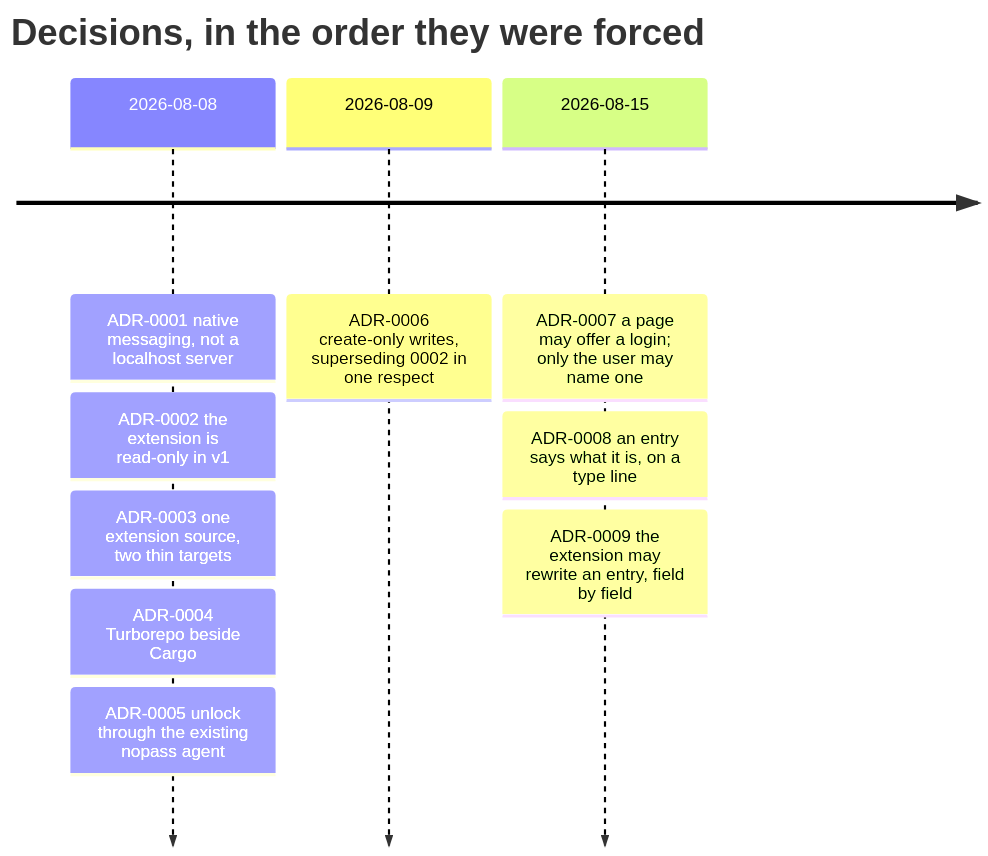
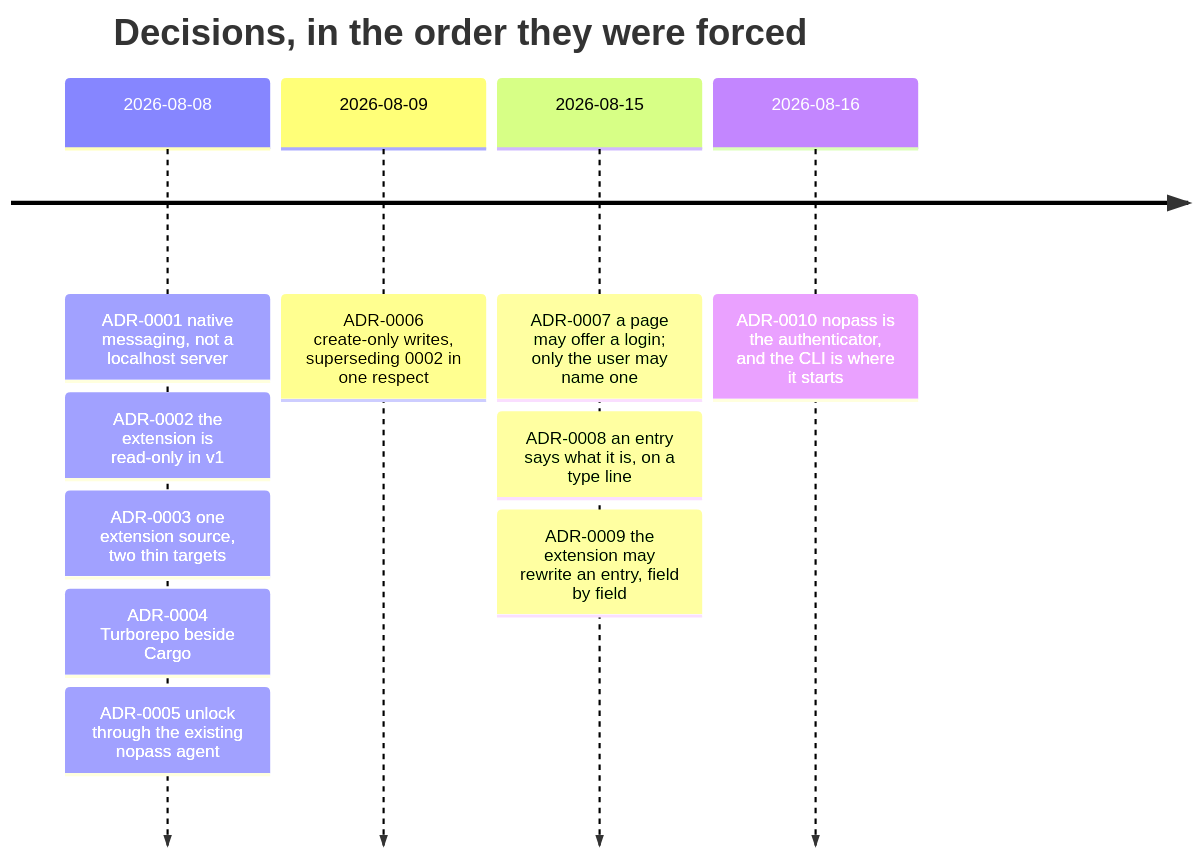
Before and after one commit to souravsspace/nopass: diagram 19 of 20 in diagram.md, drawn with Mermaid. The commit also changed other lines of this file, not shown here.

Commit message:
docs: bring the architecture map up to passkeys and the new packages

````diff
--- a/diagram.md
+++ b/diagram.md
@@ -666,13 +669,14 @@
 ```mermaid
 timeline
     title Decisions, in the order they were forced
     2026-08-08 : ADR-0001 native messaging, not a localhost server
                : ADR-0002 the extension is read-only in v1
                : ADR-0003 one extension source, two thin targets
                : ADR-0004 Turborepo beside Cargo
                : ADR-0005 unlock through the existing nopass agent
     2026-08-09 : ADR-0006 create-only writes, superseding 0002 in one respect
     2026-08-15 : ADR-0007 a page may offer a login; only the user may name one
                : ADR-0008 an entry says what it is, on a type line
                : ADR-0009 the extension may rewrite an entry, field by field
+    2026-08-16 : ADR-0010 nopass is the authenticator, and the CLI is where it starts
 ```
````
